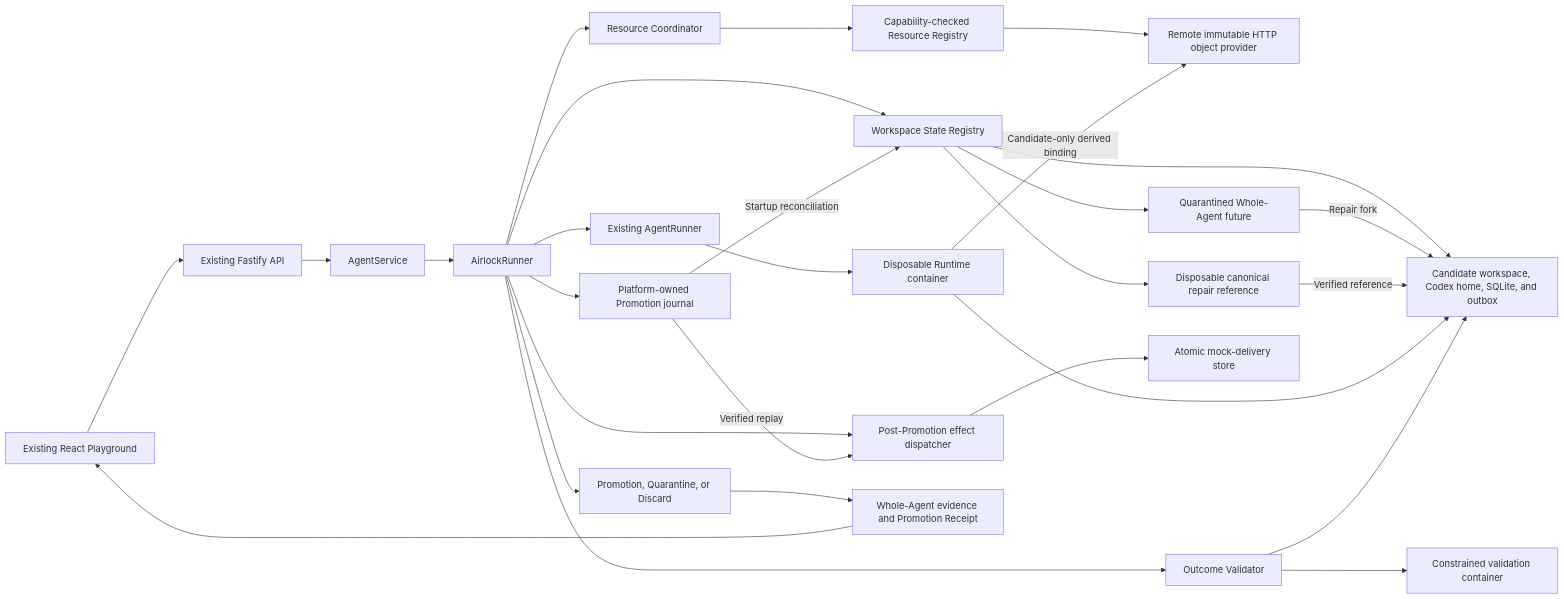
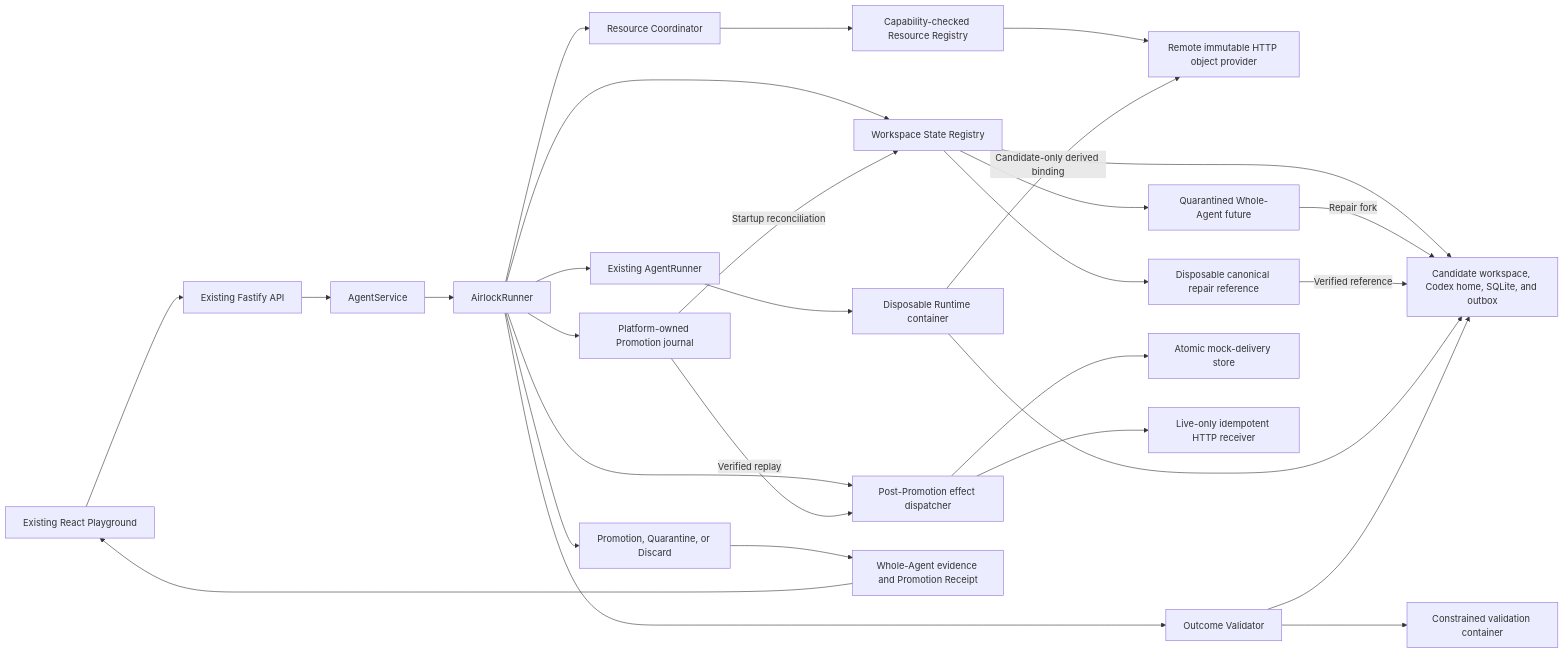
One commit to Kk120306/agent-airlock changed the first of 2 diagrams in .omx/plans/agent-airlock.md. Above: the diagram before and after it, drawn with Mermaid. The commit also changed other lines of this file and 37 other files, not shown here.

Commit message:
feat: prove live ModelArk HTTP effects

````diff
--- a/.omx/plans/agent-airlock.md
+++ b/.omx/plans/agent-airlock.md
@@ -16,30 +16,31 @@
 ```mermaid
 flowchart LR
     UI["Existing React Playground"] --> API["Existing Fastify API"]
     API --> AS["AgentService"]
     AS --> AR["AirlockRunner"]
     AR --> PJ["Platform-owned Promotion journal"]
     AR --> SR["Workspace State Registry"]
     AR --> RCO["Resource Coordinator"]
     RCO --> RREG["Capability-checked Resource Registry"]
     RREG --> HTTP["Remote immutable HTTP object provider"]
     SR --> CS["Candidate workspace, Codex home, SQLite, and outbox"]
     SR --> Q["Quarantined Whole-Agent future"]
     SR --> CR["Disposable canonical repair reference"]
     Q -->|Repair fork| CS
     CR -->|Verified reference| CS
     AR --> RR["Existing AgentRunner"]
     RR --> RC["Disposable Runtime container"]
     RC --> CS
     RC -->|Candidate-only derived binding| HTTP
     AR --> VE["Outcome Validator"]
     AR --> ED["Post-Promotion effect dispatcher"]
     ED --> MS["Atomic mock-delivery store"]
+    ED --> HR["Live-only idempotent HTTP receiver"]
     VE --> VC["Constrained validation container"]
     VE --> CS
     AR --> PR["Promotion, Quarantine, or Discard"]
     PR --> ST["Whole-Agent evidence and Promotion Receipt"]
     ST --> UI
     PJ -->|Startup reconciliation| SR
     PJ -->|Verified replay| ED
 ```
````
